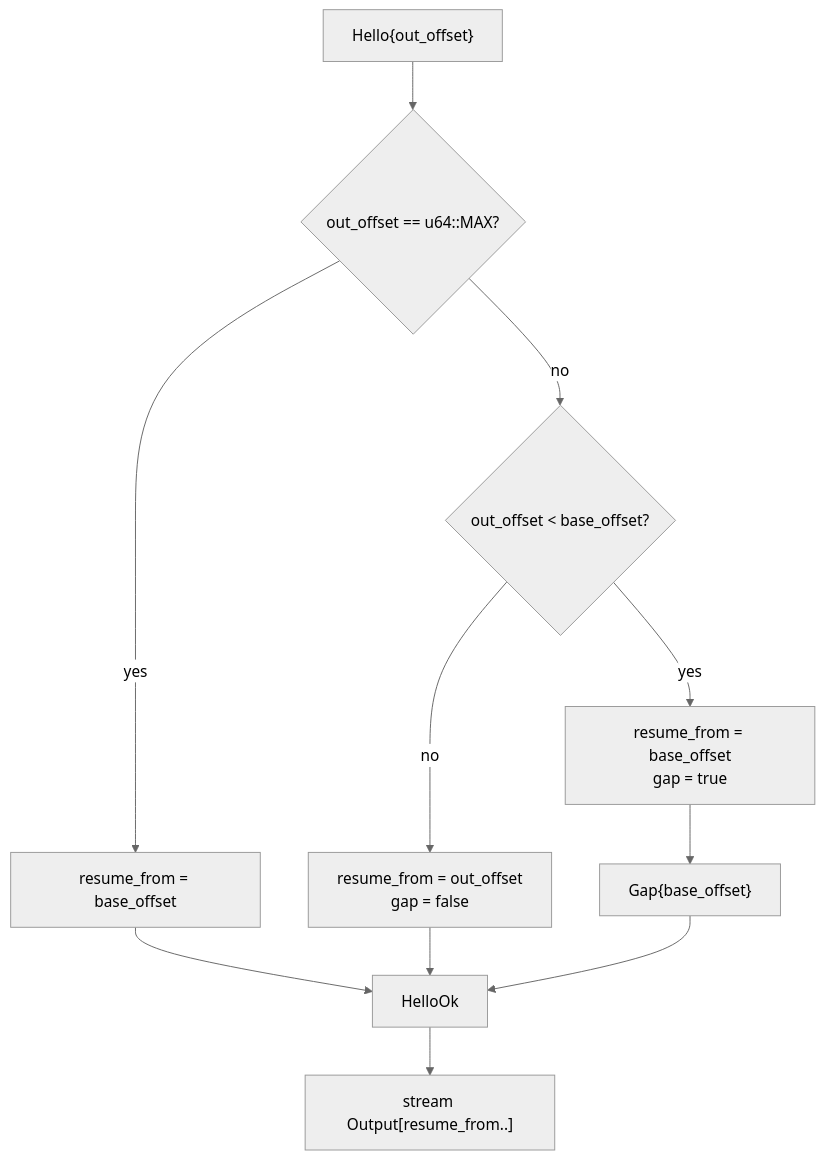
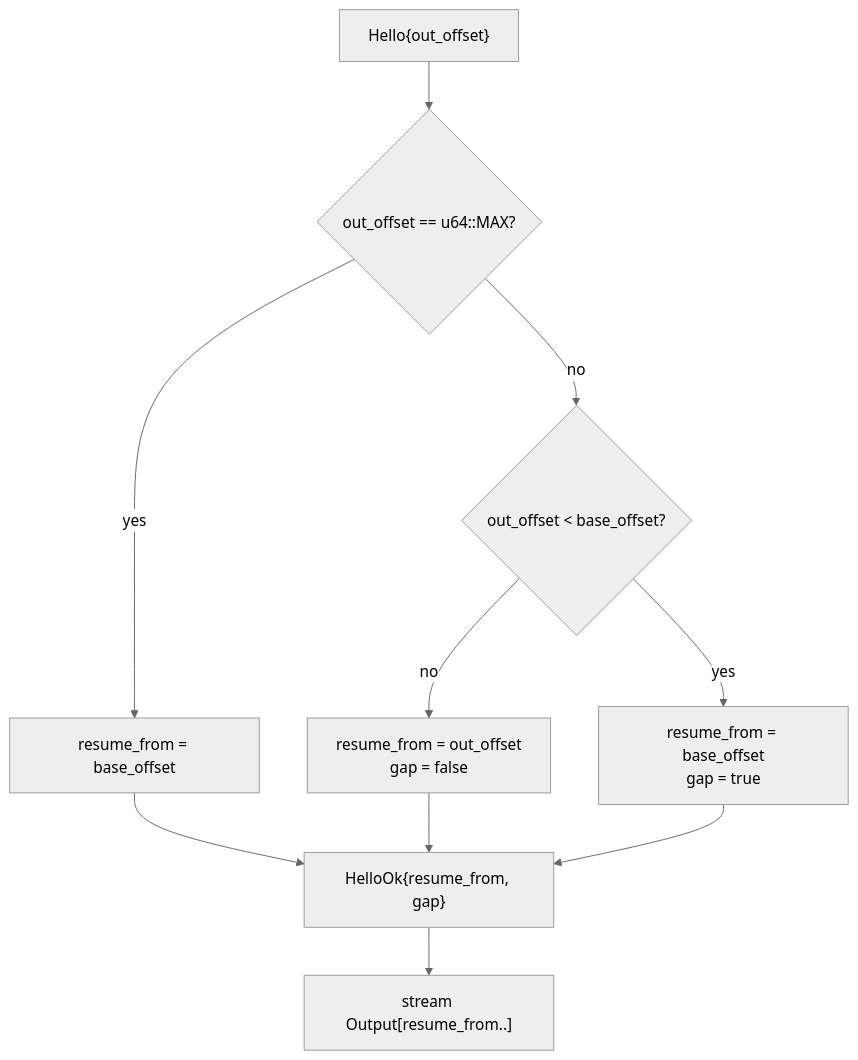
One commit to fornwall/nomux changed the second of 4 diagrams in IMPLEMENTATION.md. Above: the diagram before and after it, drawn with Mermaid (neutral theme). The commit also changed other lines of this file and 15 other files, not shown here.

````diff
--- a/IMPLEMENTATION.md
+++ b/IMPLEMENTATION.md
@@ -129,12 +138,12 @@
 ```mermaid
 flowchart TD
   A["Hello{out_offset}"] --> B{"out_offset == u64::MAX?"}
   B -- yes --> C["resume_from = base_offset"]
   B -- no --> D{"out_offset < base_offset?"}
   D -- no --> E["resume_from = out_offset<br/>gap = false"]
   D -- yes --> F["resume_from = base_offset<br/>gap = true"]
-  C --> G["HelloOk"]
+  C --> G["HelloOk{resume_from, gap}"]
   E --> G
-  F --> H["Gap{base_offset}"] --> G
+  F --> G
   G --> I["stream Output[resume_from..]"]
 ```
````
